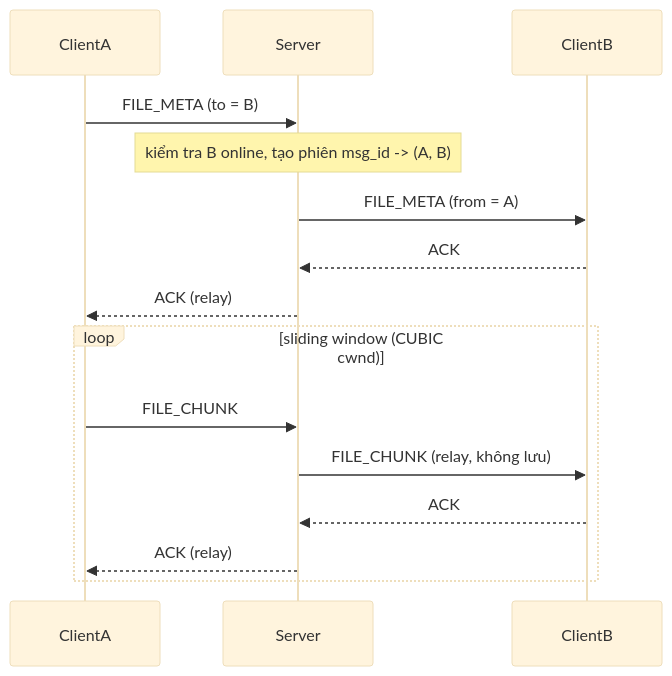
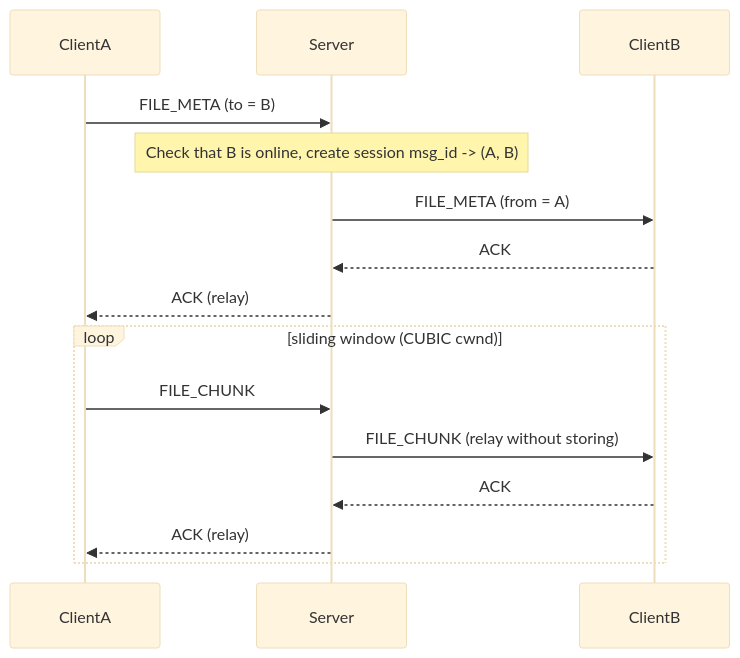
Before and after one commit to Smokiestfox/networking-app-assignment: the fourth of 9 diagrams in docs/protocol.md, drawn with Mermaid (base theme). The commit also changed other lines of this file and 1 other file, not shown here.

````diff
--- a/docs/protocol.md
+++ b/docs/protocol.md
@@ -303,14 +303,14 @@
 ```mermaid
 sequenceDiagram
     ClientA->>Server: FILE_META (to = B)
-    Note over Server: kiểm tra B online, tạo phiên msg_id -> (A, B)
+    Note over Server: Check that B is online, create session msg_id -> (A, B)
     Server->>ClientB: FILE_META (from = A)
     ClientB-->>Server: ACK
     Server-->>ClientA: ACK (relay)
     loop sliding window (CUBIC cwnd)
         ClientA->>Server: FILE_CHUNK
-        Server->>ClientB: FILE_CHUNK (relay, không lưu)
+        Server->>ClientB: FILE_CHUNK (relay without storing)
         ClientB-->>Server: ACK
         Server-->>ClientA: ACK (relay)
     end
 ```
````
